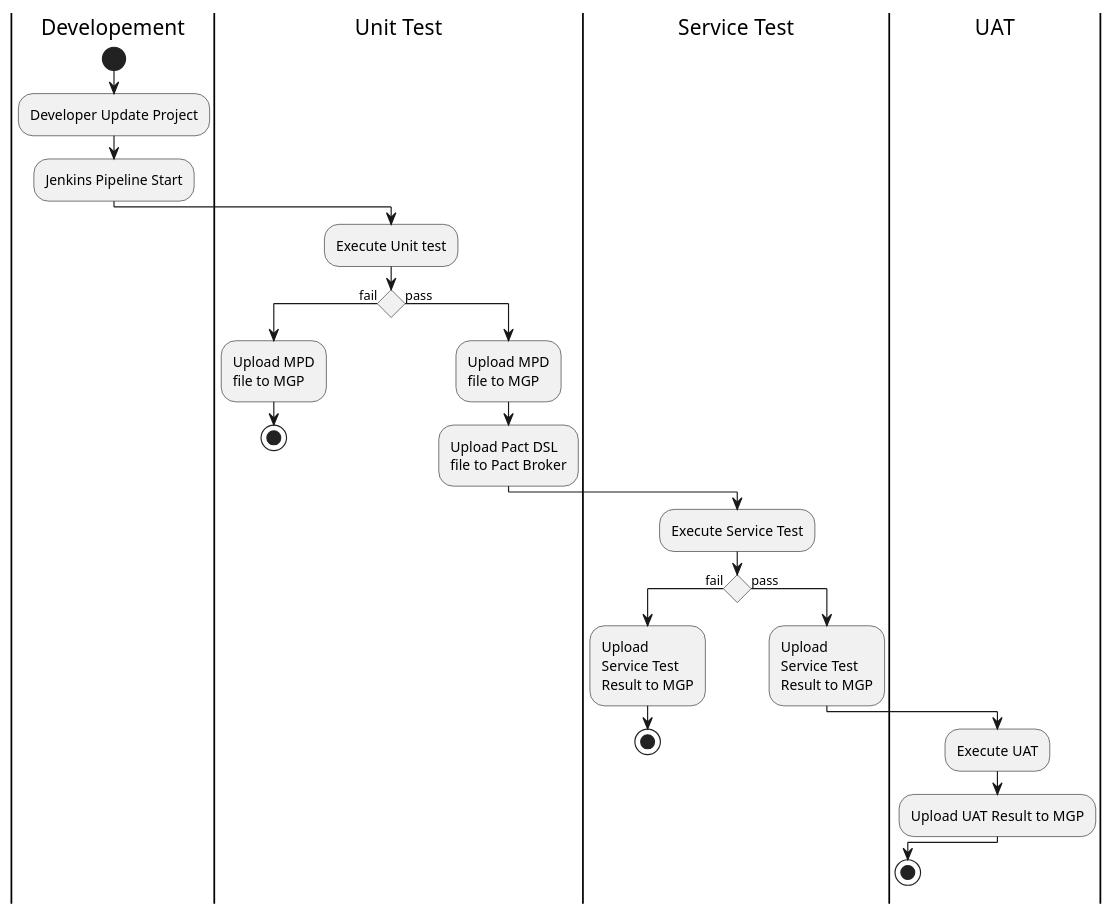
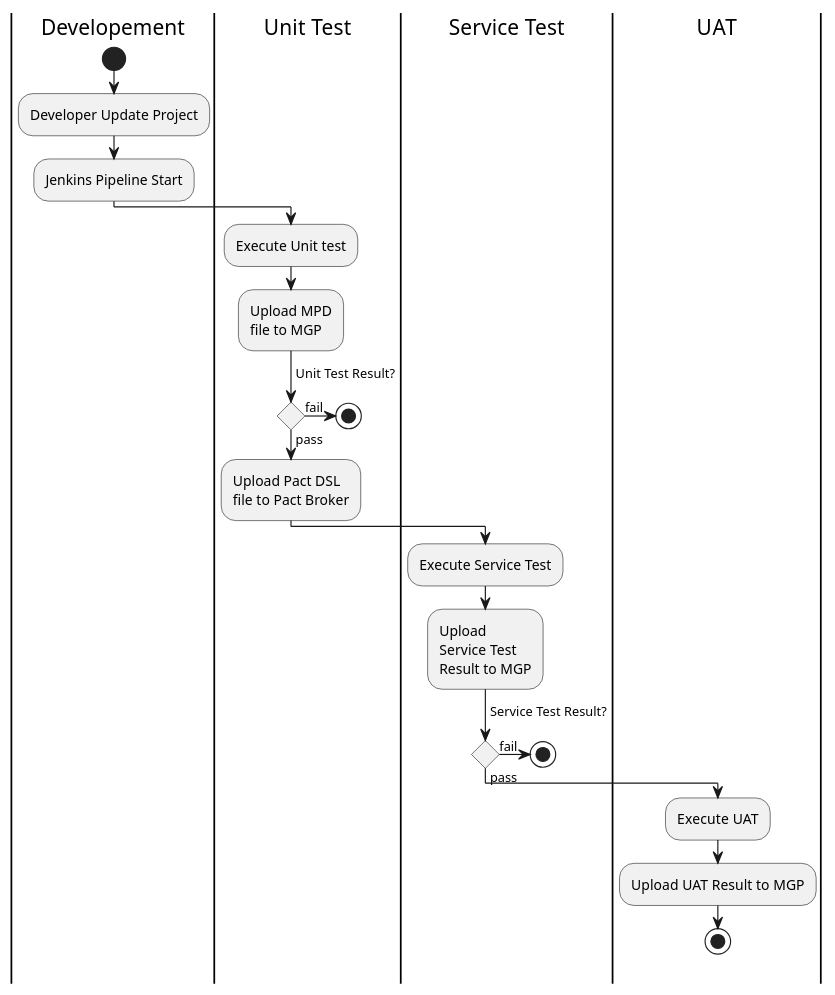
The diagram in diagram/pipeline.puml (b4456609/mgp-back), drawn with PlantUML before and after one commit.

Commit message:
update pipeline diagram

```diff
--- a/diagram/pipeline.puml
+++ b/diagram/pipeline.puml
@@ -1,27 +1,27 @@
 @startuml
 |Developement|
 start
 :Developer Update Project;
 :Jenkins Pipeline Start;
 |Unit Test|
 :Execute Unit test;
+:Upload MPD\nfile to MGP;
+-> Unit Test Result?;
 if () then (fail)
-    :Upload MPD\nfile to MGP;
     stop
 else (pass)
-    :Upload MPD\nfile to MGP;
     :Upload Pact DSL\nfile to Pact Broker;
     |Service Test|
     :Execute Service Test;
+    :Upload \nService Test \nResult to MGP;
+    -> Service Test Result?;
     if () then (fail)
-        :Upload \nService Test \nResult to MGP;
-    stop
+        stop
     else(pass)
-        :Upload \nService Test \nResult to MGP;
         |UAT|
         :Execute UAT;
         :Upload UAT Result to MGP;
     endif
     stop
 endif
 @enduml
```
